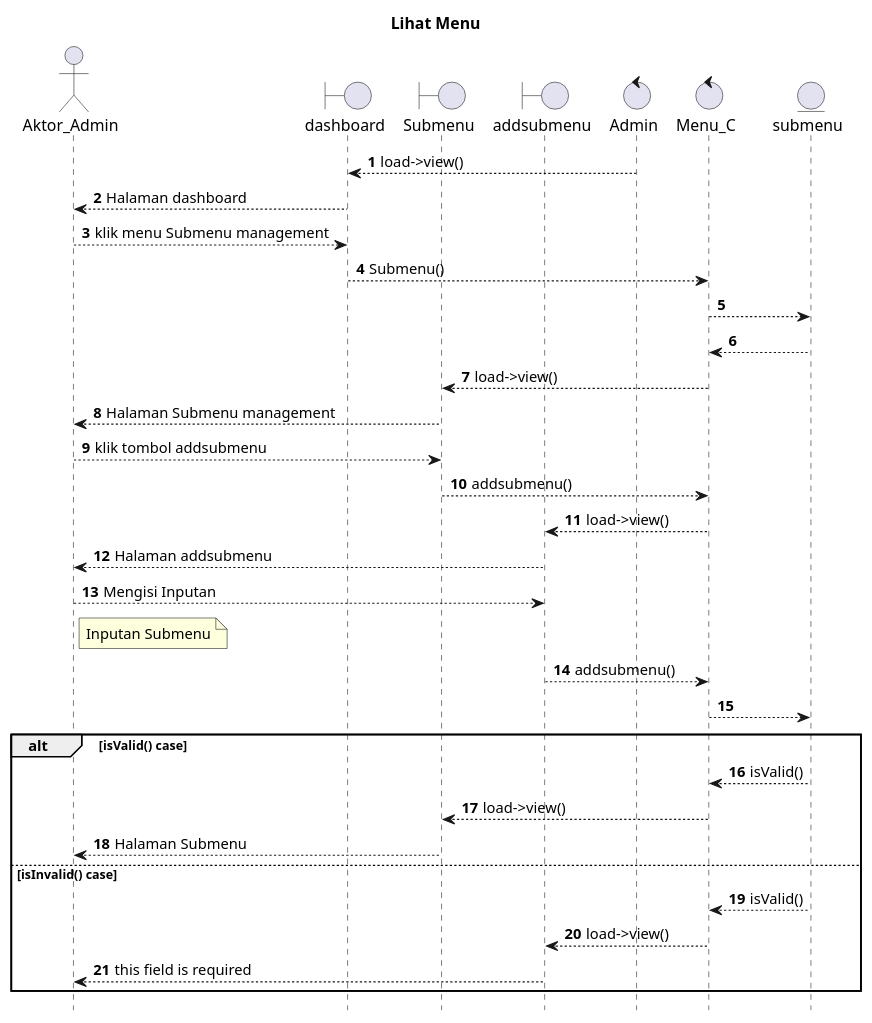
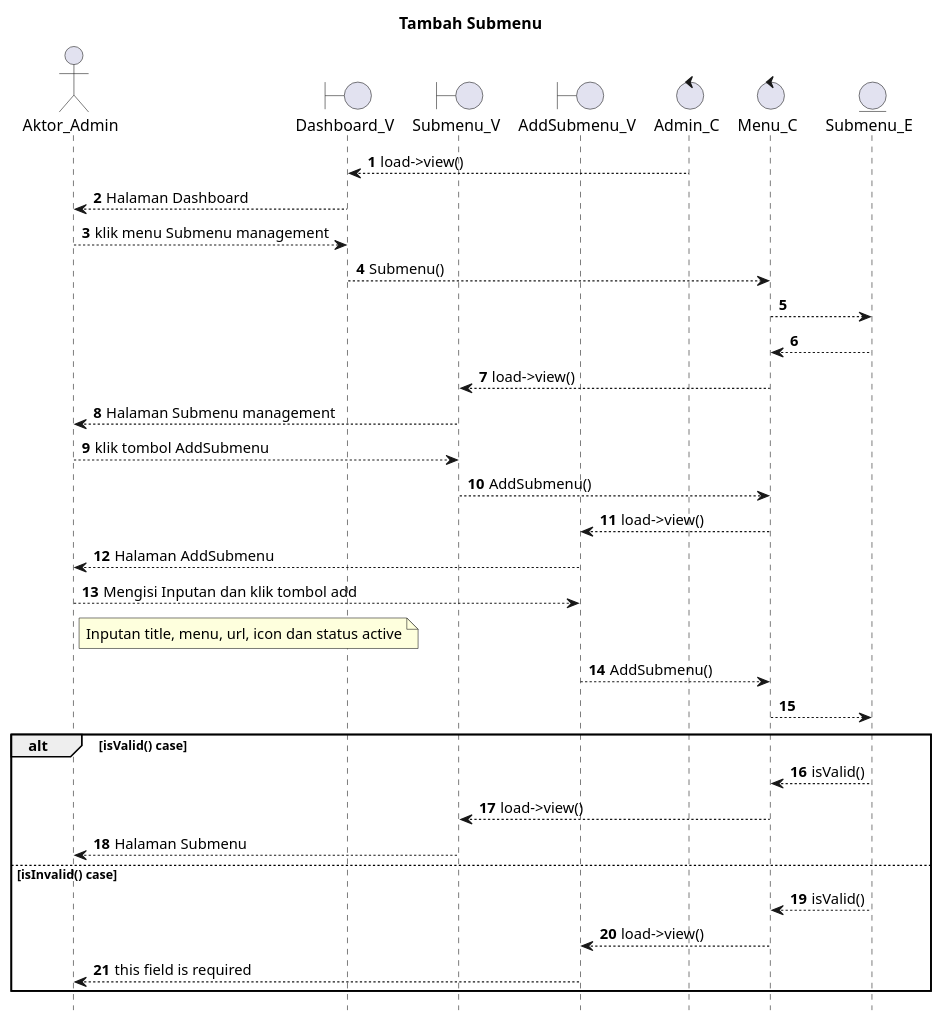
Before and after one commit to kurniado729/sistem_kp: the diagram in UML/admin/addsubmenu.puml, drawn with PlantUML. The commit also changed 54 other files, not shown here.

```diff
--- a/UML/admin/addsubmenu.puml
+++ b/UML/admin/addsubmenu.puml
@@ -1,50 +1,50 @@
 @startuml
 
 autonumber
 hide footbox
-title Lihat Menu
+title Tambah Submenu
 
 Actor Aktor_Admin
-boundary dashboard
-boundary Submenu
-boundary addsubmenu
-control Admin
+boundary Dashboard_V
+boundary Submenu_V
+boundary AddSubmenu_V
+control Admin_C
 control Menu_C
-Entity submenu
+Entity Submenu_E
 
-Admin --> dashboard: load->view()
-dashboard --> Aktor_Admin: Halaman dashboard
-Aktor_Admin --> dashboard: klik menu Submenu management
-dashboard --> Menu_C: Submenu()
-Menu_C --> submenu:
+Admin_C --> Dashboard_V: load->view()
+Dashboard_V --> Aktor_Admin: Halaman Dashboard
+Aktor_Admin --> Dashboard_V: klik menu Submenu management
+Dashboard_V --> Menu_C: Submenu()
+Menu_C --> Submenu_E:
     
-    submenu --> Menu_C:
-    Menu_C --> Submenu: load->view()
-    Submenu --> Aktor_Admin: Halaman Submenu management
+    Submenu_E --> Menu_C:
+    Menu_C --> Submenu_V: load->view()
+    Submenu_V --> Aktor_Admin: Halaman Submenu management
 
-Aktor_Admin --> Submenu: klik tombol addsubmenu
-Submenu --> Menu_C: addsubmenu()
-Menu_C --> addsubmenu: load->view()
-addsubmenu --> Aktor_Admin: Halaman addsubmenu
+Aktor_Admin --> Submenu_V: klik tombol AddSubmenu
+Submenu_V --> Menu_C: AddSubmenu()
+Menu_C --> AddSubmenu_V: load->view()
+AddSubmenu_V --> Aktor_Admin: Halaman AddSubmenu
 
-Aktor_Admin --> addsubmenu: Mengisi Inputan
+Aktor_Admin --> AddSubmenu_V: Mengisi Inputan dan klik tombol add
     note right of Aktor_Admin
-        Inputan Submenu
+        Inputan title, menu, url, icon dan status active
             end note
-addsubmenu --> Menu_C: addsubmenu()
-Menu_C --> submenu:
+AddSubmenu_V --> Menu_C: AddSubmenu()
+Menu_C --> Submenu_E:
 
 alt isValid() case
     
-    submenu --> Menu_C: isValid()
-    Menu_C --> Submenu: load->view()
-    Submenu --> Aktor_Admin: Halaman Submenu
+    Submenu_E --> Menu_C: isValid()
+    Menu_C --> Submenu_V: load->view()
+    Submenu_V --> Aktor_Admin: Halaman Submenu
 
 else isInvalid() case
     
-    submenu --> Menu_C: isValid()
-    Menu_C --> addsubmenu: load->view()
-    addsubmenu --> Aktor_Admin: this field is required
+    Submenu_E --> Menu_C: isValid()
+    Menu_C --> AddSubmenu_V: load->view()
+    AddSubmenu_V --> Aktor_Admin: this field is required
 
 end
 @enduml
```
